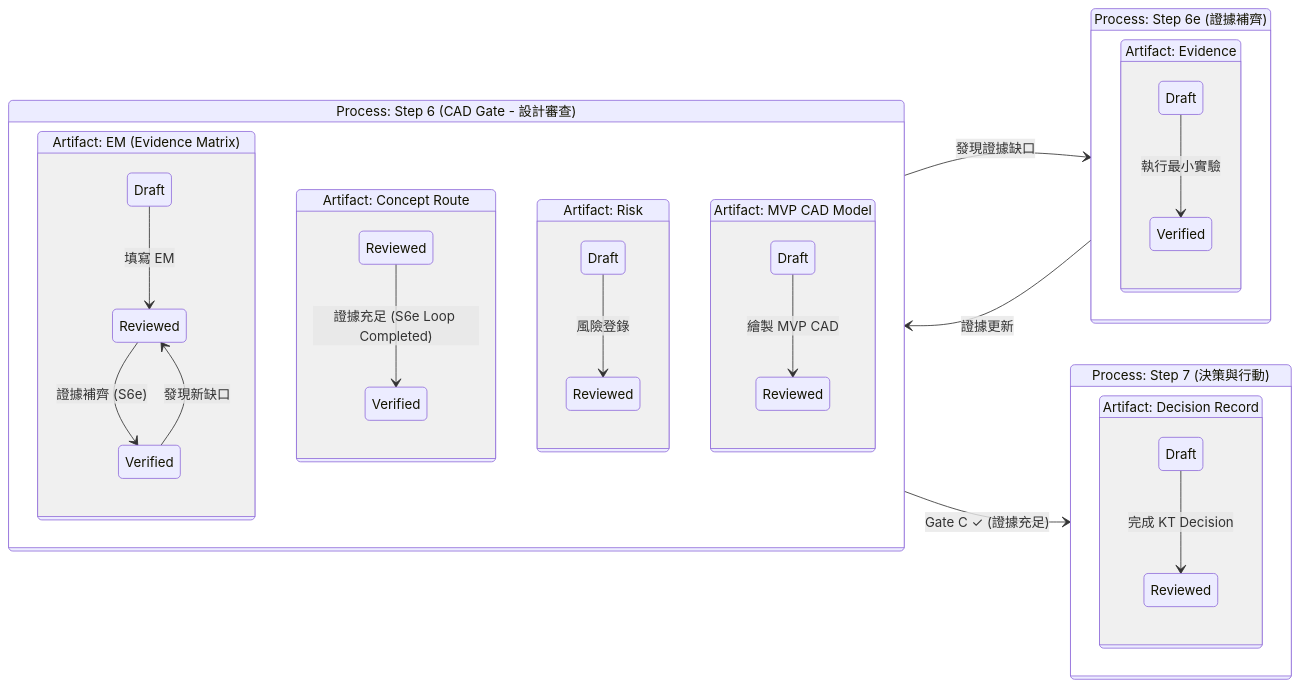
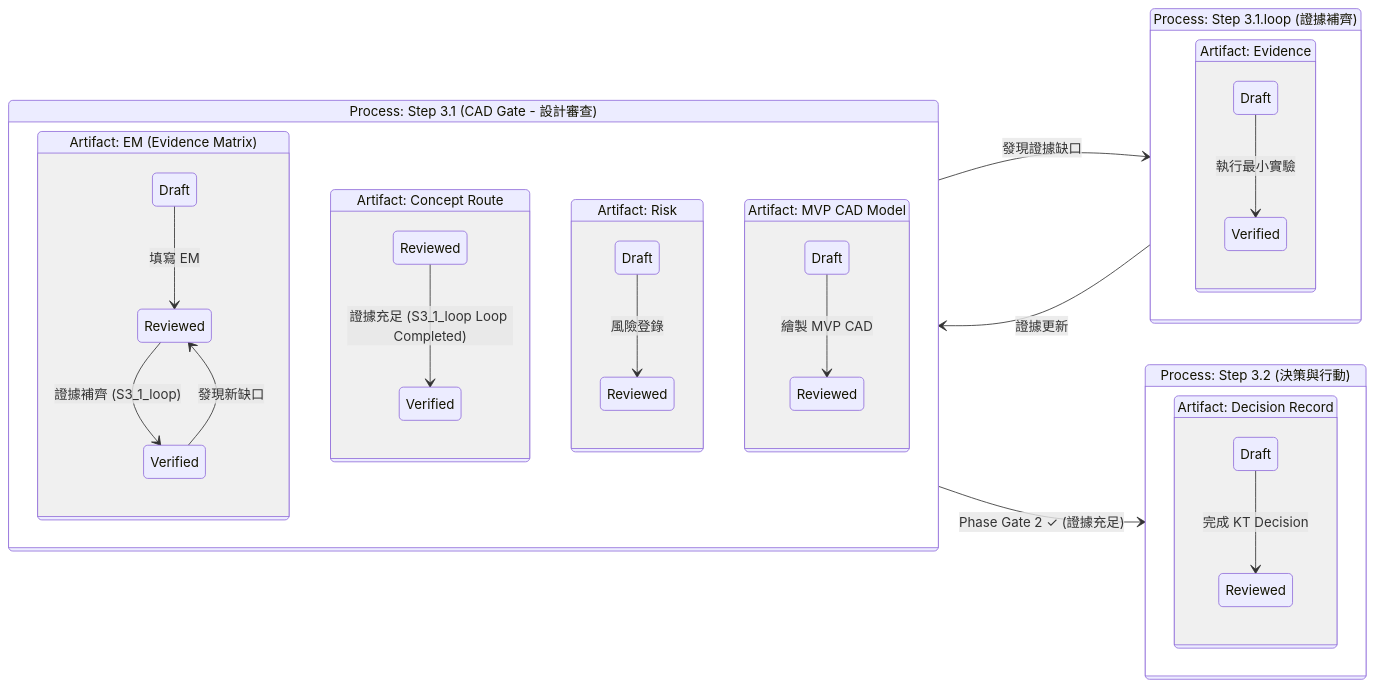
Before and after one commit to Zenobia000/AutoTRIZ_smart_design: the second of 3 diagrams in docs/e2e/RD_Design_Copilot_State_Machine.md, drawn with Mermaid. The commit also changed other lines of this file and 147 other files, not shown here.

````diff
--- a/docs/e2e/RD_Design_Copilot_State_Machine.md
+++ b/docs/e2e/RD_Design_Copilot_State_Machine.md
@@ -95,50 +95,50 @@
 ```mermaid
 stateDiagram-v2
     direction LR
 
-    state "Process: Step 6 (CAD Gate - 設計審查)" as Process6 {
+    state "Process: Step 3.1 (CAD Gate - 設計審查)" as Process3_1 {
         state "Artifact: EM (Evidence Matrix)" as EM_Artifact {
             state "Draft" as EM_Draft
             state "Reviewed" as EM_Reviewed
             state "Verified" as EM_Verified
             EM_Draft --> EM_Reviewed : 填寫 EM
-            EM_Reviewed --> EM_Verified : 證據補齊 (S6e)
+            EM_Reviewed --> EM_Verified : 證據補齊 (S3_1_loop)
             EM_Verified --> EM_Reviewed : 發現新缺口
         }
         state "Artifact: Concept Route" as CR_Artifact {
             state "Reviewed" as CR_Reviewed
             state "Verified" as CR_Verified
-            CR_Reviewed --> CR_Verified : 證據充足 (S6e Loop Completed)
+            CR_Reviewed --> CR_Verified : 證據充足 (S3_1_loop Loop Completed)
         }
         state "Artifact: Risk" as Risk_Artifact {
             state "Draft" as Risk_Draft
             state "Reviewed" as Risk_Reviewed
             Risk_Draft --> Risk_Reviewed : 風險登錄
         }
         state "Artifact: MVP CAD Model" as MVP_CAD_Artifact {
             state "Draft" as MVP_CAD_Draft
             state "Reviewed" as MVP_CAD_Reviewed
             MVP_CAD_Draft --> MVP_CAD_Reviewed : 繪製 MVP CAD
         }
     }
 
-    state "Process: Step 6e (證據補齊)" as Process6e {
+    state "Process: Step 3.1.loop (證據補齊)" as Process3_1_loop {
         state "Artifact: Evidence" as Evid_Artifact {
             state "Draft" as Evid_Draft
             state "Verified" as Evid_Verified
             Evid_Draft --> Evid_Verified : 執行最小實驗
         }
     }
 
-    state "Process: Step 7 (決策與行動)" as Process7 {
+    state "Process: Step 3.2 (決策與行動)" as Process3_2 {
         state "Artifact: Decision Record" as DR_Artifact {
             state "Draft" as DR_Draft
             state "Reviewed" as DR_Reviewed
             DR_Draft --> DR_Reviewed : 完成 KT Decision
         }
     }
 
-    Process6 --> Process6e : 發現證據缺口
-    Process6e --> Process6 : 證據更新
-    Process6 --> Process7 : Gate C ✓ (證據充足)
+    Process3_1 --> Process3_1_loop : 發現證據缺口
+    Process3_1_loop --> Process3_1 : 證據更新
+    Process3_1 --> Process3_2 : Phase Gate 2 ✓ (證據充足)
 ```
````
